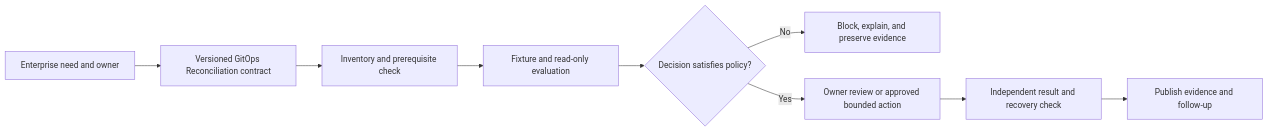
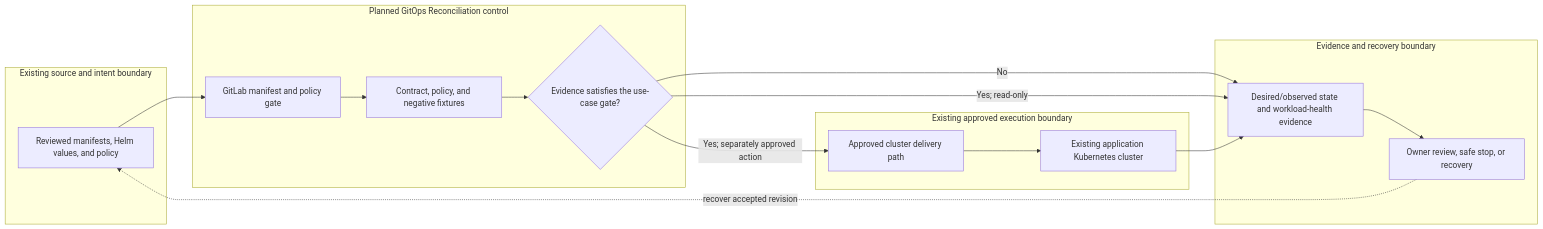
Before and after one commit to MIDHTECH/enterprise-architecture-docs: the diagram in docs/use-cases/kubernetes/UC-K8S-004-gitops-reconciliation.md, drawn with Mermaid. The commit also changed other lines of this file and 227 other files, not shown here.

Commit message:
Deepen architecture for all use case designs

````diff
--- a/docs/use-cases/kubernetes/UC-K8S-004-gitops-reconciliation.md
+++ b/docs/use-cases/kubernetes/UC-K8S-004-gitops-reconciliation.md
@@ -136,11 +129,25 @@
 ```mermaid
 flowchart LR
-    Need["Enterprise need and owner"] --> Contract["Versioned GitOps Reconciliation contract"]
-    Contract --> Preflight["Inventory and prerequisite check"]
-    Preflight --> Evaluate["Fixture and read-only evaluation"]
-    Evaluate --> Decision{"Decision satisfies policy?"}
-    Decision -->|No| Stop["Block, explain, and preserve evidence"]
-    Decision -->|Yes| Review["Owner review or approved bounded action"]
-    Review --> Verify["Independent result and recovery check"]
-    Verify --> Publish["Publish evidence and follow-up"]
+    subgraph Source["Existing source and intent boundary"]
+        A["Reviewed manifests, Helm values, and policy"]
+    end
+    subgraph Planned["Planned GitOps Reconciliation control"]
+        B["GitLab manifest and policy gate"]
+        C["Contract, policy, and negative fixtures"]
+        D{"Evidence satisfies the use-case gate?"}
+    end
+    subgraph Runtime["Existing approved execution boundary"]
+        E["Approved cluster delivery path"]
+        F["Existing application Kubernetes cluster"]
+    end
+    subgraph Assurance["Evidence and recovery boundary"]
+        G["Desired/observed state and workload-health evidence"]
+        H["Owner review, safe stop, or recovery"]
+    end
+
+    A --> B --> C --> D
+    D -->|No| G --> H
+    D -->|Yes; read-only| G
+    D -->|Yes; separately approved action| E --> F --> G
+    H -. recover accepted revision .-> A
 ```
````
